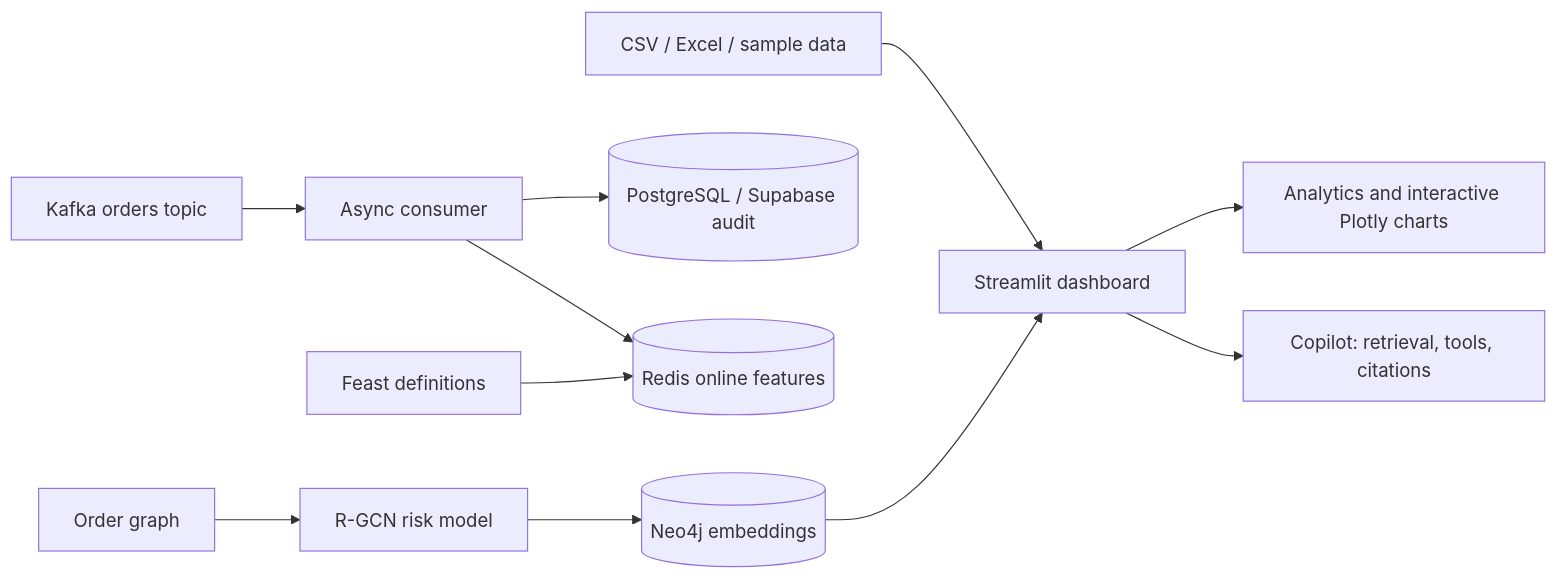
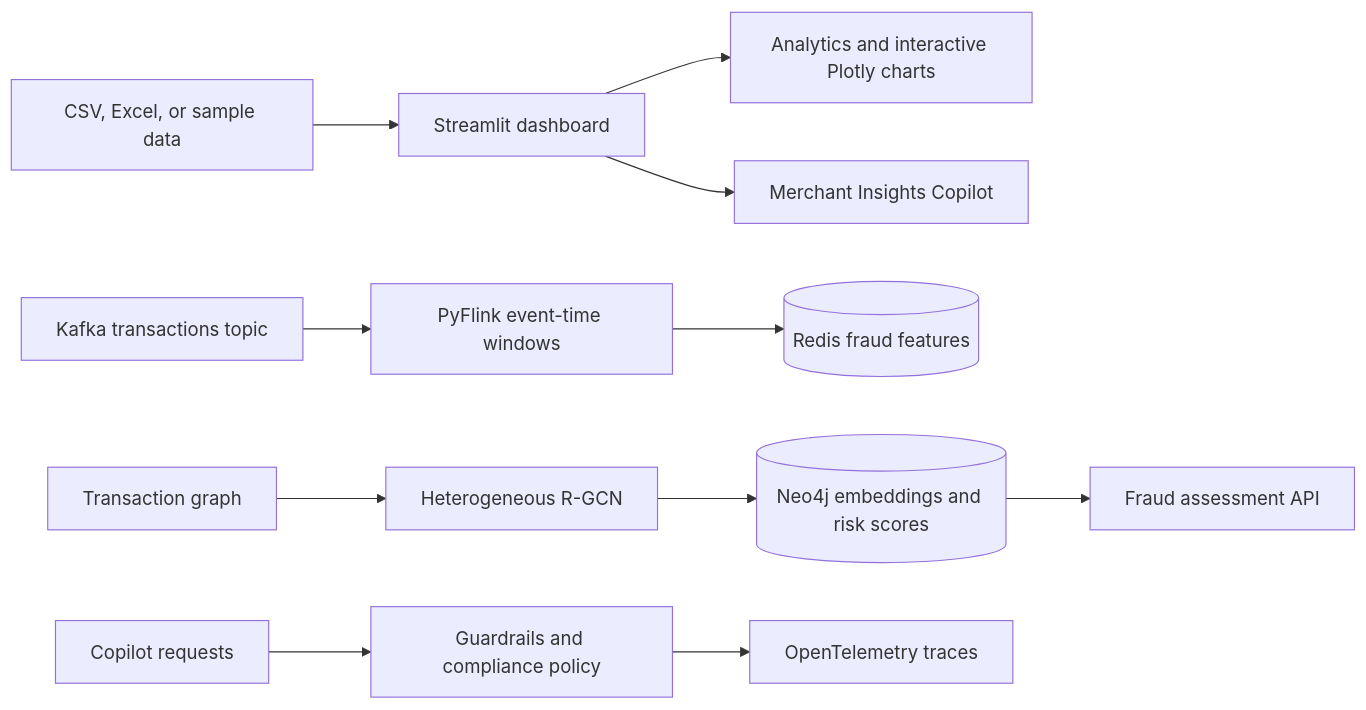
One commit to SumedhPatil1507/indian-ecommerce-analytics changed the diagram in README.md. Above: the diagram before and after it, drawn with Mermaid. The commit also changed other lines of this file and 1 other file, not shown here.

Commit message:
Document fraud response schema and test API contract

````diff
--- a/README.md
+++ b/README.md
@@ -86,13 +64,13 @@
 ```mermaid
 flowchart LR
-    A[CSV / Excel / sample data] --> B[Streamlit dashboard]
+    A[CSV, Excel, or sample data] --> B[Streamlit dashboard]
     B --> C[Analytics and interactive Plotly charts]
-    B --> D[Copilot: retrieval, tools, citations]
-    E[Kafka orders topic] --> F[Async consumer]
-    F --> G[(PostgreSQL / Supabase audit)]
-    F --> H[(Redis online features)]
-    I[Feast definitions] --> H
-    J[Order graph] --> K[R-GCN risk model]
-    K --> L[(Neo4j embeddings)]
-    L --> B
+    B --> D[Merchant Insights Copilot]
+    E[Kafka transactions topic] --> F[PyFlink event-time windows]
+    F --> G[(Redis fraud features)]
+    H[Transaction graph] --> I[Heterogeneous R-GCN]
+    I --> J[(Neo4j embeddings and risk scores)]
+    J --> K[Fraud assessment API]
+    L[Copilot requests] --> M[Guardrails and compliance policy]
+    M --> N[OpenTelemetry traces]
 ```
````
